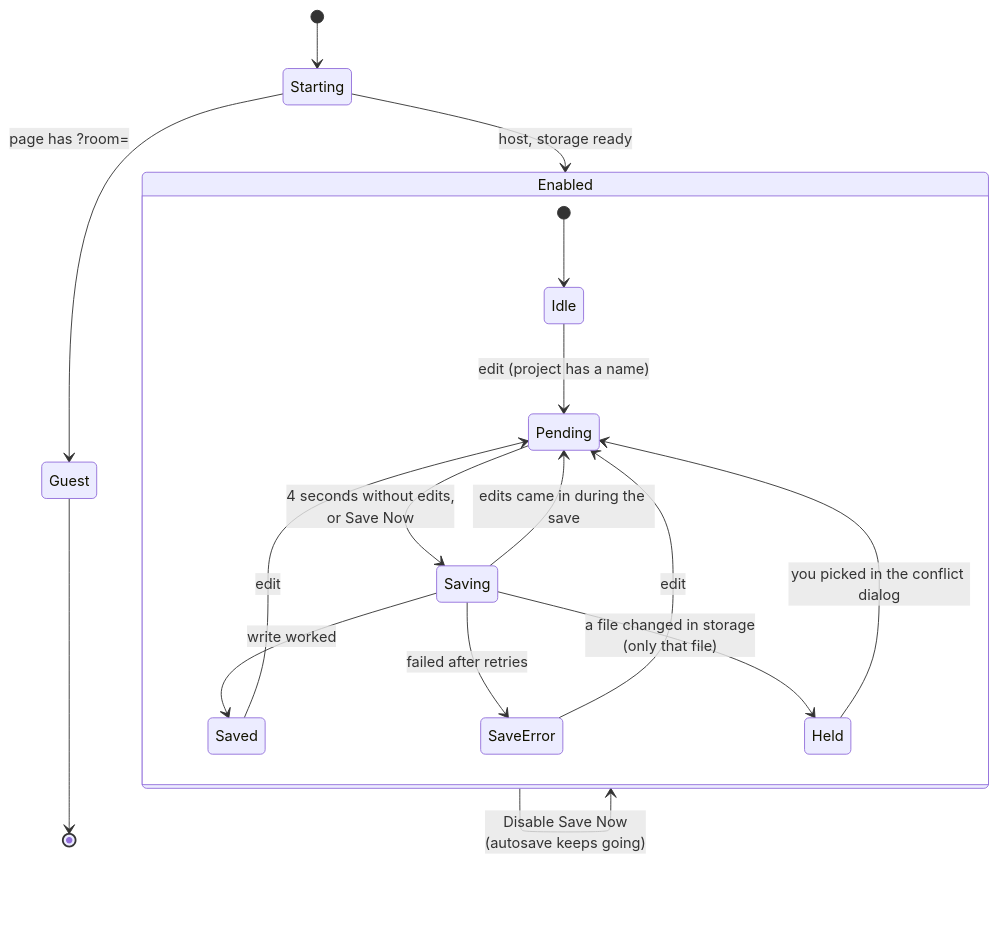
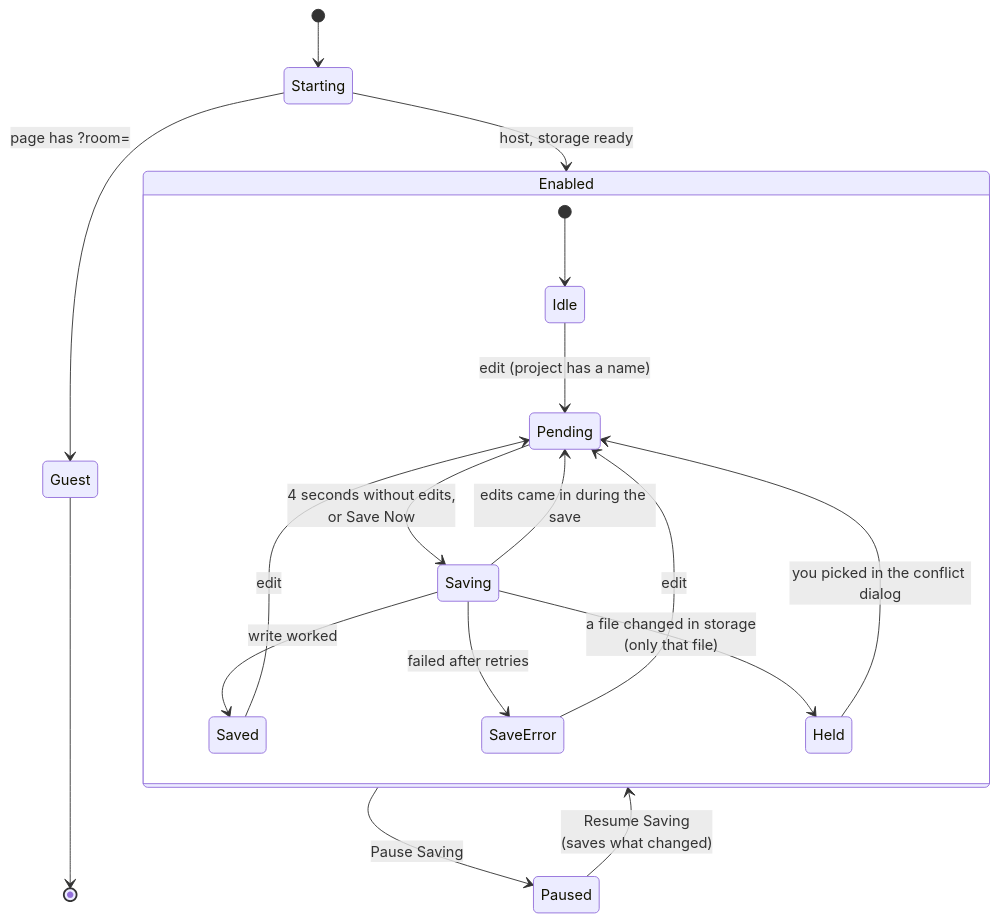
The eighth of 11 diagrams in docs/how-it-fits.md (PrestonHager/LaTeXCollaborativeEditor), drawn with Mermaid before and after one commit. The commit also changed other lines of this file and 4 other files, not shown here.

First line of the commit message:
Describe Pause Saving instead of Disable Save Now

````diff
--- a/docs/how-it-fits.md
+++ b/docs/how-it-fits.md
@@ -218,20 +218,21 @@
 ```mermaid
 stateDiagram-v2
     [*] --> Starting
     Starting --> Guest: page has ?room=
     Starting --> Enabled: host, storage ready
     Guest --> [*]
     state Enabled {
         [*] --> Idle
         Idle --> Pending: edit (project has a name)
         Pending --> Saving: 4 seconds without edits,<br/>or Save Now
         Saving --> Saved: write worked
         Saving --> Pending: edits came in during the save
         Saving --> SaveError: failed after retries
         Saving --> Held: a file changed in storage<br/>(only that file)
         Held --> Pending: you picked in the conflict dialog
         Saved --> Pending: edit
         SaveError --> Pending: edit
     }
-    Enabled --> Enabled: Disable Save Now<br/>(autosave keeps going)
+    Enabled --> Paused: Pause Saving
+    Paused --> Enabled: Resume Saving<br/>(saves what changed)
 ```
````
